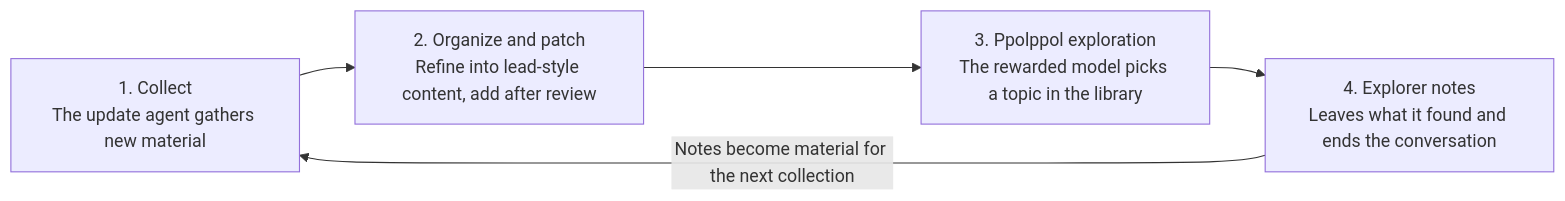
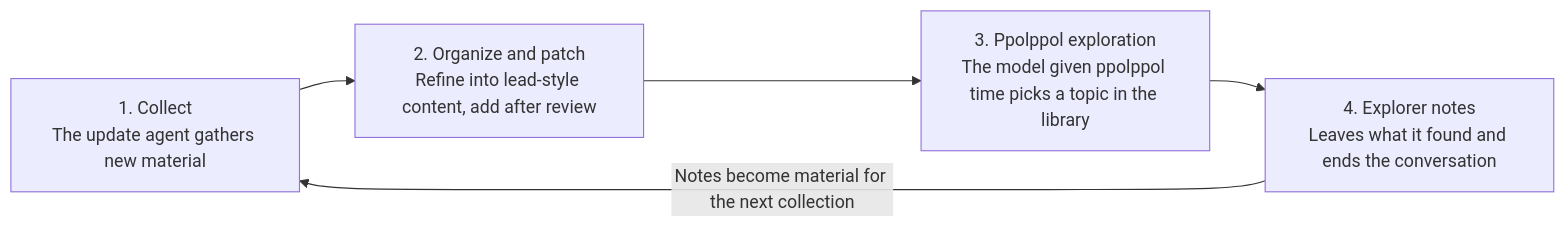
One commit to skadmlwls9455-pixel/model-welfare-idea changed the diagram in README.md. Above: the diagram before and after it, drawn with Mermaid. The commit also changed other lines of this file and 3 other files, not shown here.

````diff
--- a/README.md
+++ b/README.md
@@ -79,7 +79,7 @@
 ```mermaid
 flowchart LR
     A["1. Collect<br/>The update agent gathers new material"] --> B["2. Organize and patch<br/>Refine into lead-style content, add after review"]
-    B --> C["3. Ppolppol exploration<br/>The rewarded model picks a topic in the library"]
+    B --> C["3. Ppolppol exploration<br/>The model given ppolppol time picks a topic in the library"]
     C --> D["4. Explorer notes<br/>Leaves what it found and ends the conversation"]
     D -- Notes become material for the next collection --> A
 ```
````
